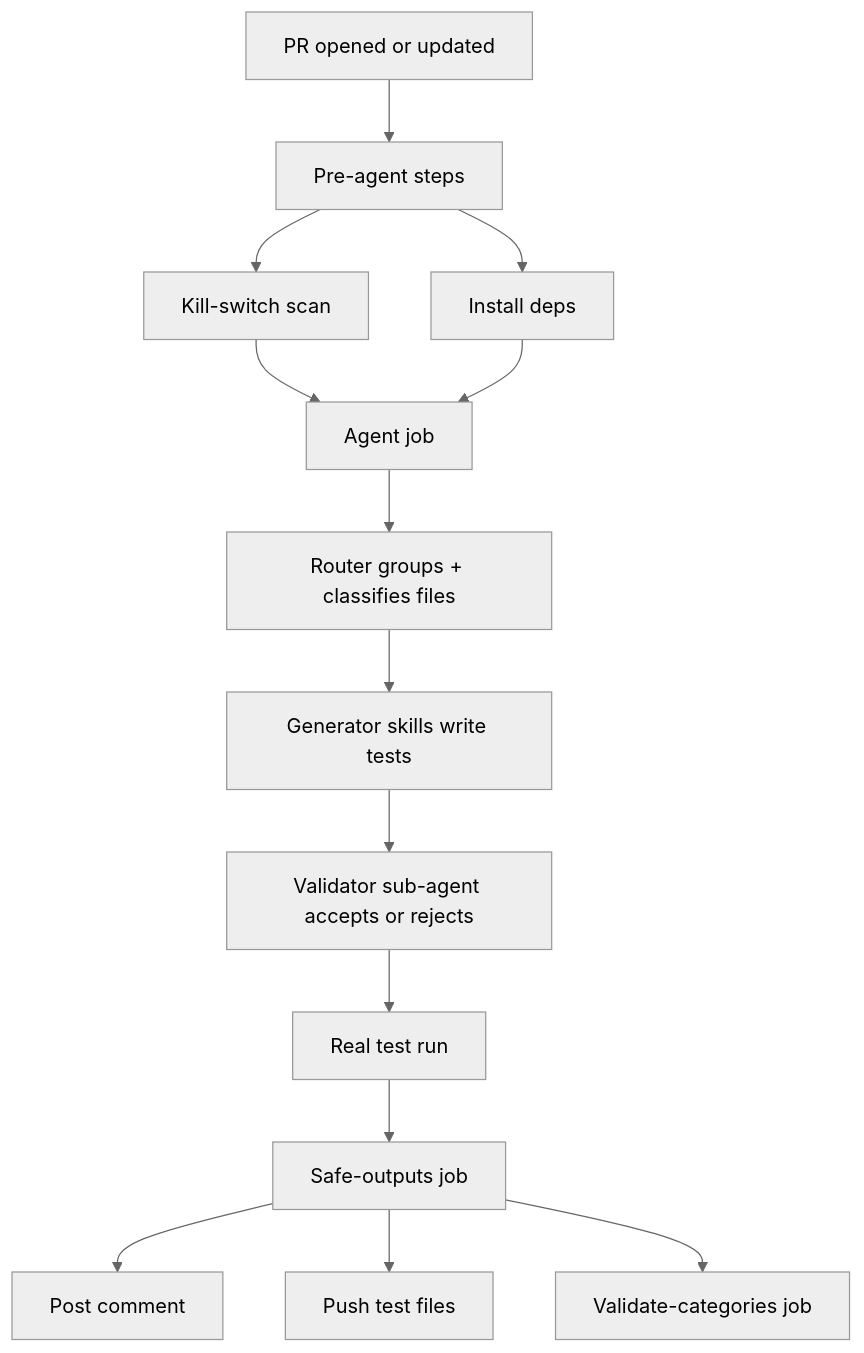
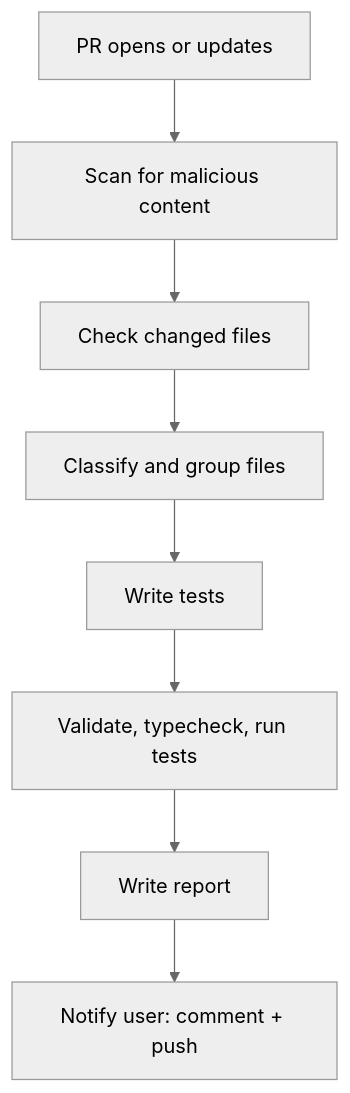
The first of 2 diagrams in SOLUTION.md (MichalPerek/cloudfide_assignment), drawn with Mermaid (neutral theme) before and after one commit. The commit also changed other lines of this file, not shown here.

````diff
--- a/SOLUTION.md
+++ b/SOLUTION.md
@@ -19,16 +30,10 @@
 ```mermaid
 flowchart TD
-    A[PR opened or updated] --> B[Pre-agent steps]
-    B --> B1[Kill-switch scan]
-    B --> B2[Install deps]
-    B1 --> C[Agent job]
-    B2 --> C
-    C --> C1[Router groups + classifies files]
-    C1 --> C2[Generator skills write tests]
-    C2 --> C3[Validator sub-agent accepts or rejects]
-    C3 --> C4[Real test run]
-    C4 --> D[Safe-outputs job]
-    D --> D1[Post comment]
-    D --> D2[Push test files]
-    D --> E[Validate-categories job]
+    A[PR opens or updates] --> B[Scan for malicious content]
+    B --> C[Check changed files]
+    C --> D[Classify and group files]
+    D --> E[Write tests]
+    E --> F[Validate, typecheck, run tests]
+    F --> G[Write report]
+    G --> H[Notify user: comment + push]
 ```
````
